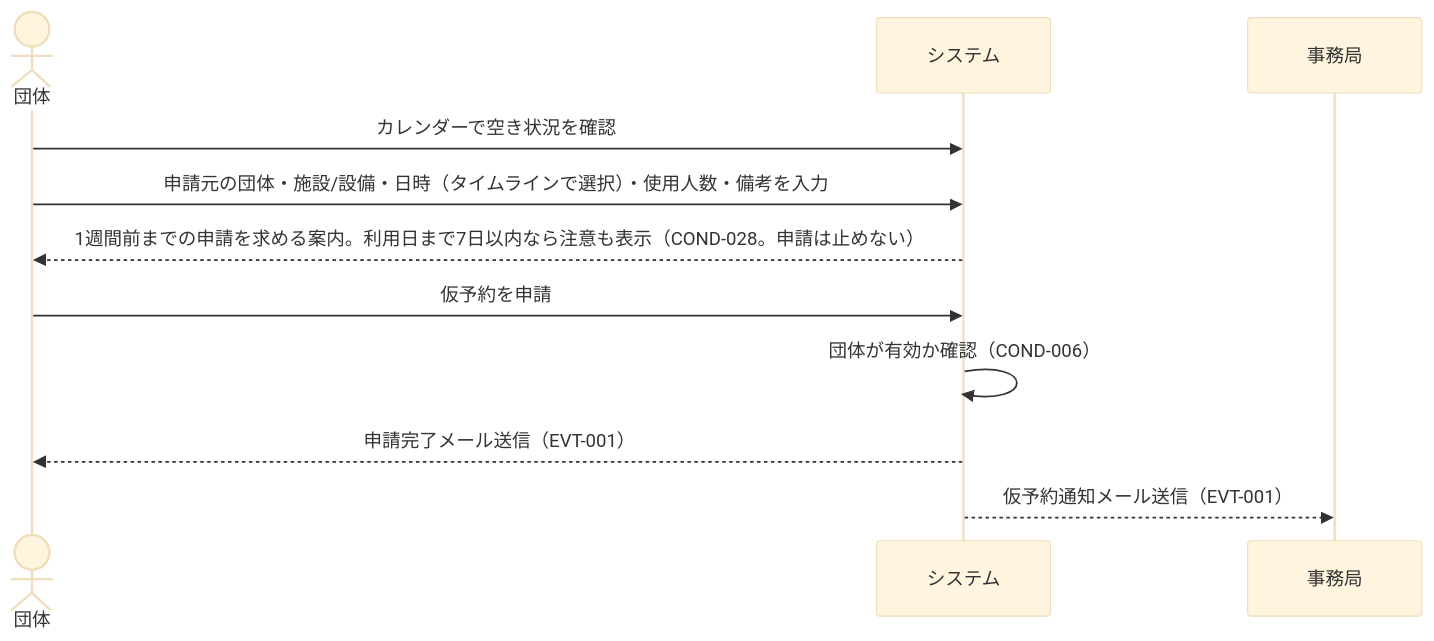
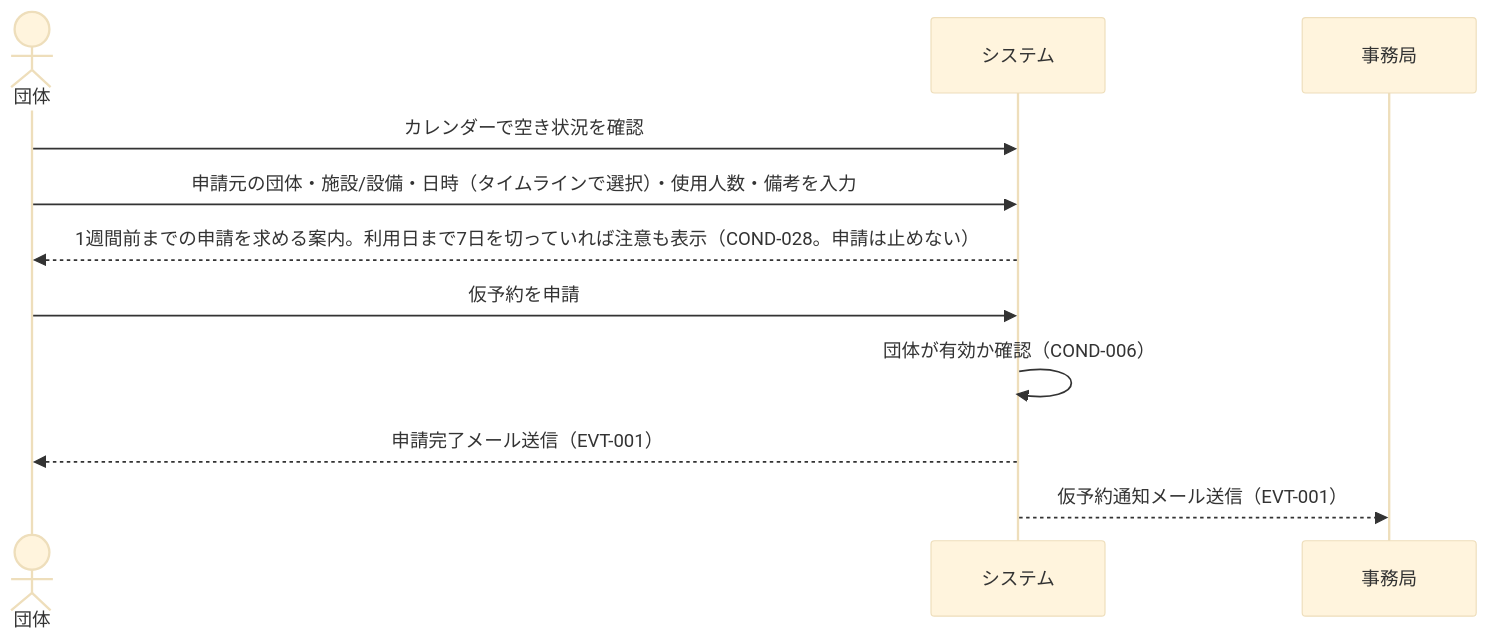
The third of 8 diagrams in rdra/contexts/reservation-application.md (gdsc-osaka/iclub-reserve), drawn with Mermaid (base theme) before and after one commit. The commit also changed other lines of this file and 4 other files, not shown here.

````diff
--- a/rdra/contexts/reservation-application.md
+++ b/rdra/contexts/reservation-application.md
@@ -269,14 +269,14 @@
 ```mermaid
 sequenceDiagram
     actor 団体
     participant システム
     participant 事務局
 
     団体->>システム: カレンダーで空き状況を確認
     団体->>システム: 申請元の団体・施設/設備・日時（タイムラインで選択）・使用人数・備考を入力
-    システム-->>団体: 1週間前までの申請を求める案内。利用日まで7日以内なら注意も表示（COND-028。申請は止めない）
+    システム-->>団体: 1週間前までの申請を求める案内。利用日まで7日を切っていれば注意も表示（COND-028。申請は止めない）
     団体->>システム: 仮予約を申請
     システム->>システム: 団体が有効か確認（COND-006）
     システム-->>団体: 申請完了メール送信（EVT-001）
     システム-->>事務局: 仮予約通知メール送信（EVT-001）
 ```
````
